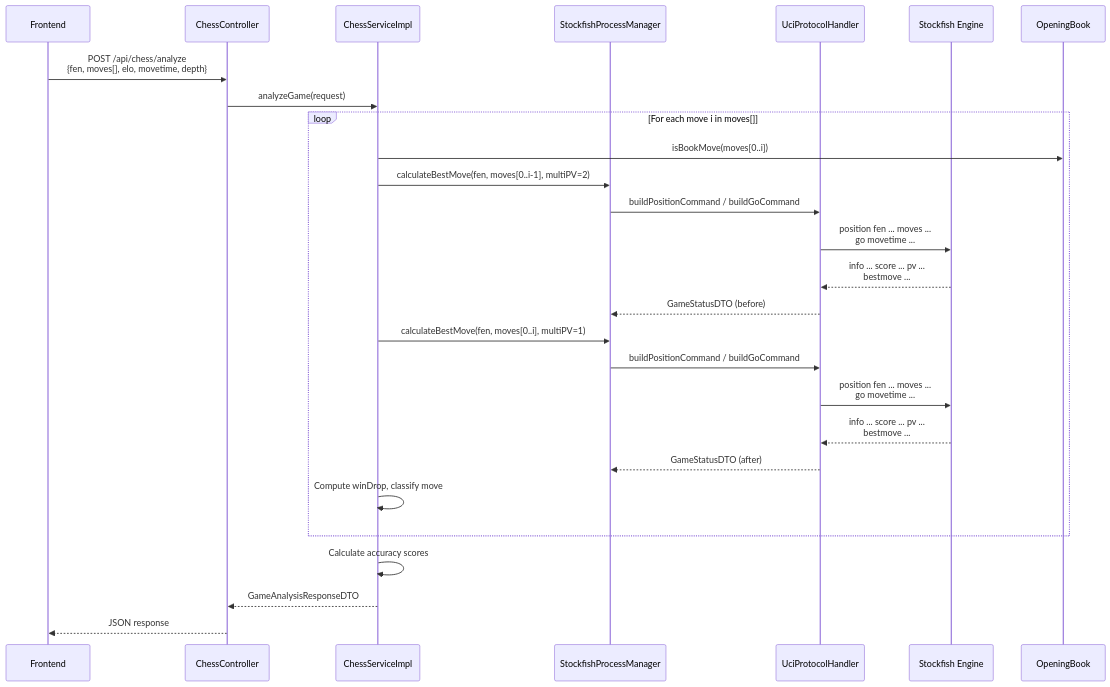
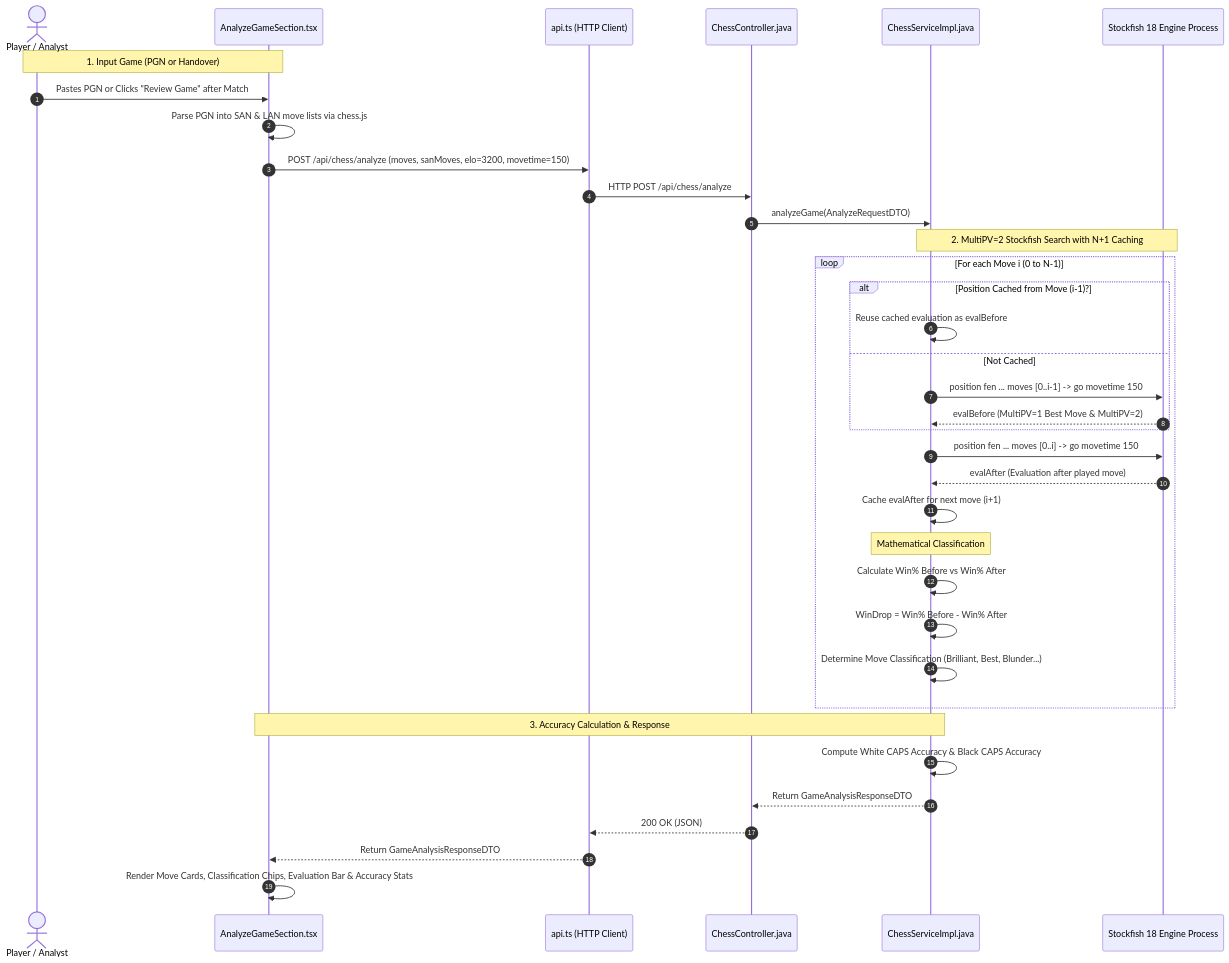
One commit to dsouvik058/Chess-Engine changed the first of 2 diagrams in docs/analyze_game_documentation.md. Above: the diagram before and after it, drawn with Mermaid. The commit also changed other lines of this file and 11 other files, not shown here.

````diff
--- a/docs/analyze_game_documentation.md
+++ b/docs/analyze_game_documentation.md
@@ -11,34 +65,42 @@
 ```mermaid
 sequenceDiagram
-    participant FE as Frontend
-    participant CC as ChessController
-    participant CS as ChessServiceImpl
-    participant SPM as StockfishProcessManager
-    participant UCI as UciProtocolHandler
-    participant SF as Stockfish Engine
-    participant OB as OpeningBook
+    autonumber
+    actor User as Player / Analyst
+    participant UI as AnalyzeGameSection.tsx
+    participant API as api.ts (HTTP Client)
+    participant Controller as ChessController.java
+    participant Service as ChessServiceImpl.java
+    participant Stockfish as Stockfish 18 Engine Process
 
-    FE->>CC: POST /api/chess/analyze<br/>{fen, moves[], elo, movetime, depth}
-    CC->>CS: analyzeGame(request)
-    
-    loop For each move i in moves[]
-        CS->>OB: isBookMove(moves[0..i])
-        CS->>SPM: calculateBestMove(fen, moves[0..i-1], multiPV=2)
-        SPM->>UCI: buildPositionCommand / buildGoCommand
-        UCI->>SF: position fen ... moves ...<br/>go movetime ...
-        SF-->>UCI: info ... score ... pv ...<br/>bestmove ...
-        UCI-->>SPM: GameStatusDTO (before)
+    Note over User, UI: 1. Input Game (PGN or Handover)
+    User->>UI: Pastes PGN or Clicks "Review Game" after Match
+    UI->>UI: Parse PGN into SAN & LAN move lists via chess.js
+    UI->>API: POST /api/chess/analyze (moves, sanMoves, elo=3200, movetime=150)
+    API->>Controller: HTTP POST /api/chess/analyze
+    Controller->>Service: analyzeGame(AnalyzeRequestDTO)
+
+    Note over Service, Stockfish: 2. MultiPV=2 Stockfish Search with N+1 Caching
+    loop For each Move i (0 to N-1)
+        alt Position Cached from Move (i-1)?
+            Service->>Service: Reuse cached evaluation as evalBefore
+        else Not Cached
+            Service->>Stockfish: position fen ... moves [0..i-1] -> go movetime 150
+            Stockfish-->>Service: evalBefore (MultiPV=1 Best Move & MultiPV=2)
+        end
+        Service->>Stockfish: position fen ... moves [0..i] -> go movetime 150
+        Stockfish-->>Service: evalAfter (Evaluation after played move)
+        Service->>Service: Cache evalAfter for next move (i+1)
         
-        CS->>SPM: calculateBestMove(fen, moves[0..i], multiPV=1)
-        SPM->>UCI: buildPositionCommand / buildGoCommand
-        UCI->>SF: position fen ... moves ...<br/>go movetime ...
-        SF-->>UCI: info ... score ... pv ...<br/>bestmove ...
-        UCI-->>SPM: GameStatusDTO (after)
-        
-        CS->>CS: Compute winDrop, classify move
+        Note over Service: Mathematical Classification
+        Service->>Service: Calculate Win% Before vs Win% After
+        Service->>Service: WinDrop = Win% Before - Win% After
+        Service->>Service: Determine Move Classification (Brilliant, Best, Blunder...)
     end
-    
-    CS->>CS: Calculate accuracy scores
-    CS-->>CC: GameAnalysisResponseDTO
-    CC-->>FE: JSON response
+
+    Note over Service, UI: 3. Accuracy Calculation & Response
+    Service->>Service: Compute White CAPS Accuracy & Black CAPS Accuracy
+    Service-->>Controller: Return GameAnalysisResponseDTO
+    Controller-->>API: 200 OK (JSON)
+    API-->>UI: Return GameAnalysisResponseDTO
+    UI->>UI: Render Move Cards, Classification Chips, Evaluation Bar & Accuracy Stats
 ```
````
